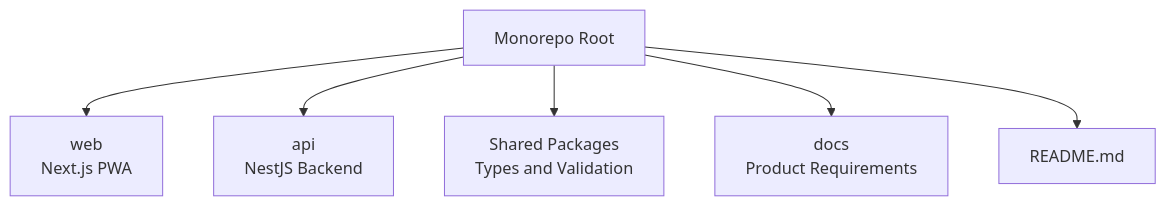
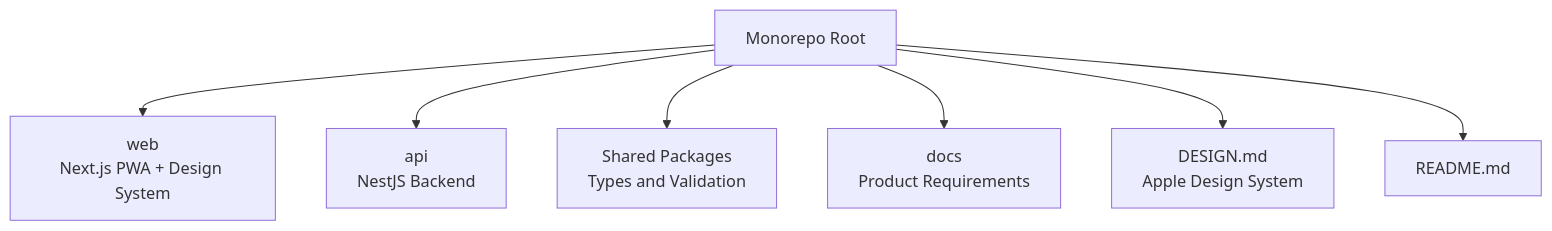
Before and after one commit to epo33m/scheduling: the first of 8 diagrams in .qoder/repowiki/en/content/Technical Architecture/Technical Architecture.md, drawn with Mermaid. The commit also changed other lines of this file and 28 other files, not shown here.

````diff
--- a/.qoder/repowiki/en/content/Technical Architecture/Technical Architecture.md
+++ b/.qoder/repowiki/en/content/Technical Architecture/Technical Architecture.md
@@ -43,14 +55,16 @@
 ```mermaid
 graph TB
 Repo["Monorepo Root"]
-Web["web<br/>Next.js PWA"]
+Web["web<br/>Next.js PWA + Design System"]
 Api["api<br/>NestJS Backend"]
 Shared["Shared Packages<br/>Types and Validation"]
 Docs["docs<br/>Product Requirements"]
+Design["DESIGN.md<br/>Apple Design System"]
 Readme["README.md"]
 Repo --> Web
 Repo --> Api
 Repo --> Shared
 Repo --> Docs
+Repo --> Design
 Repo --> Readme
 ```
````
